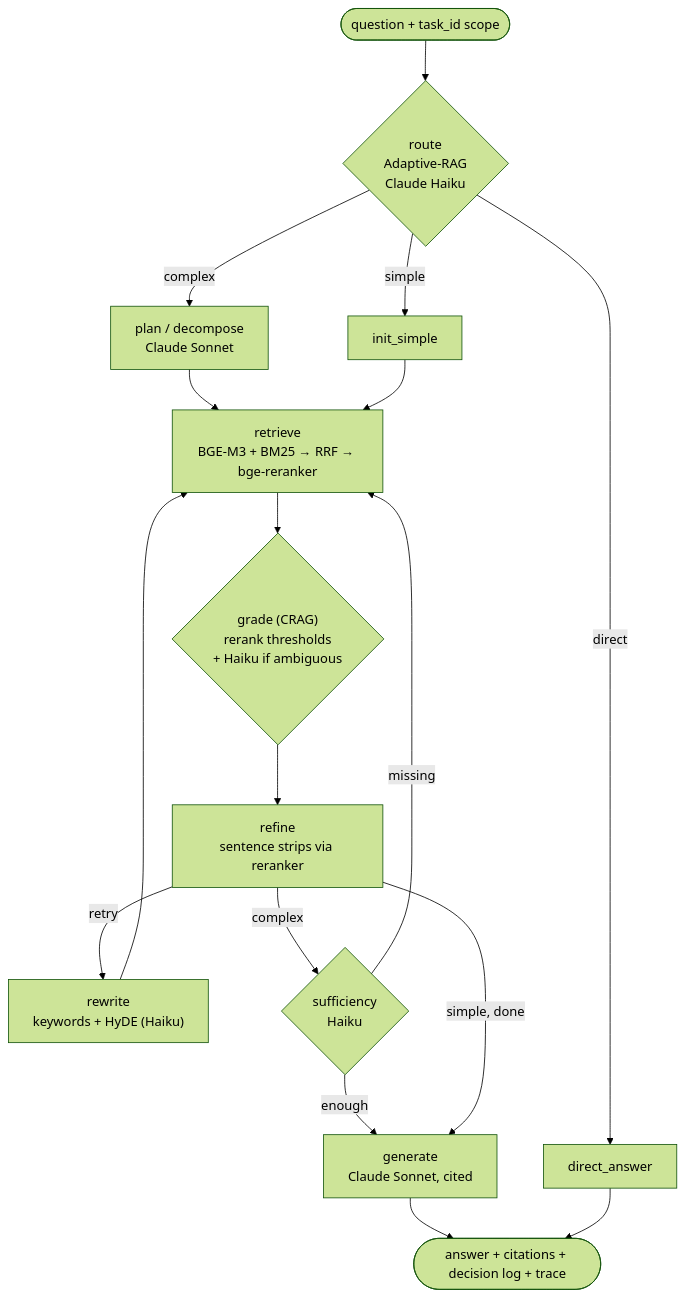
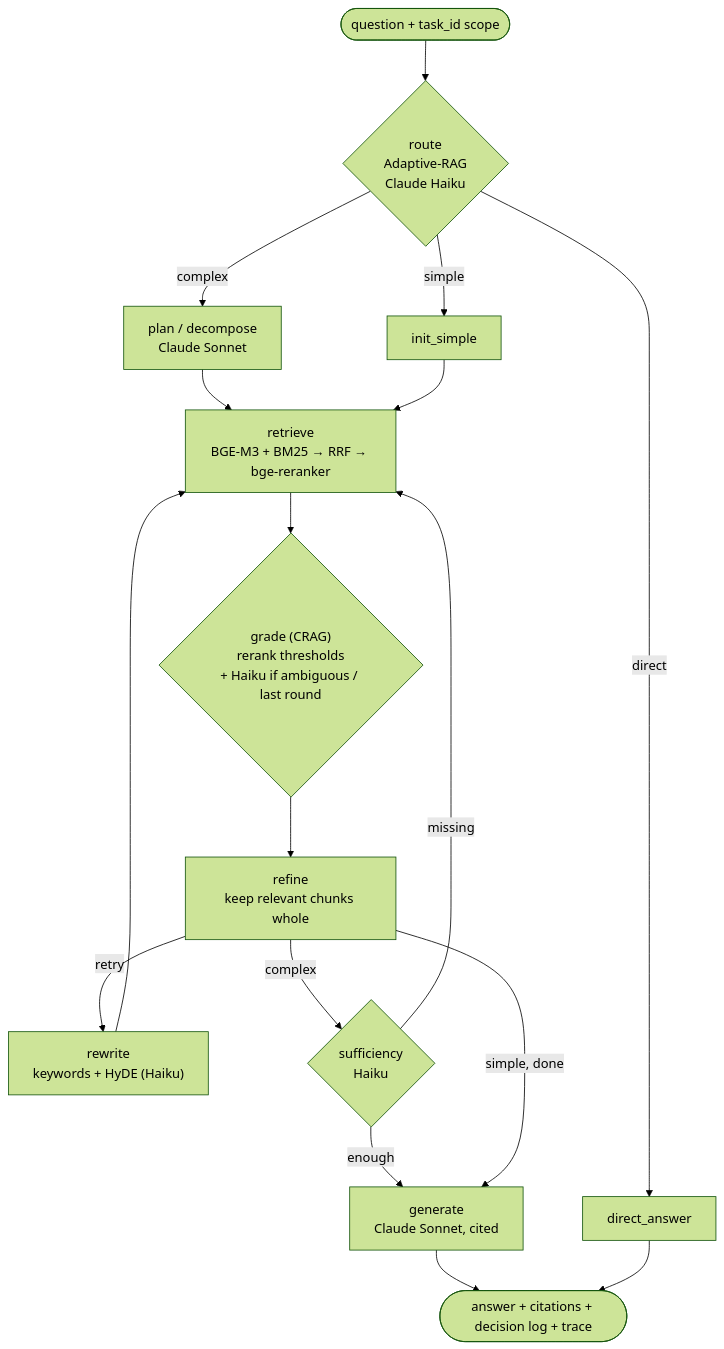
Before and after one commit to nrusnac/DP_task_RAG: the second of 2 diagrams in docs/02-architecture.md, drawn with Mermaid (forest theme). The commit also changed other lines of this file and 6 other files, not shown here.

````diff
--- a/docs/02-architecture.md
+++ b/docs/02-architecture.md
@@ -25,19 +25,19 @@
 ```mermaid
 flowchart TD
     Q(["question + task_id scope"]) --> R{"route<br/>Adaptive-RAG<br/>Claude Haiku"}
     R -->|direct| DA["direct_answer"]
     R -->|simple| S1["init_simple"]
     R -->|complex| P["plan / decompose<br/>Claude Sonnet"]
     P --> RET
     S1 --> RET["retrieve<br/>BGE-M3 + BM25 → RRF → bge-reranker"]
-    RET --> G{"grade (CRAG)<br/>rerank thresholds<br/>+ Haiku if ambiguous"}
-    G --> KR["refine<br/>sentence strips via reranker"]
+    RET --> G{"grade (CRAG)<br/>rerank thresholds<br/>+ Haiku if ambiguous / last round"}
+    G --> KR["refine<br/>keep relevant chunks whole"]
     KR -->|retry| RW["rewrite<br/>keywords + HyDE (Haiku)"]
     RW --> RET
     KR -->|complex| SUF{"sufficiency<br/>Haiku"}
     SUF -->|missing| RET
     SUF -->|enough| GEN
     KR -->|simple, done| GEN["generate<br/>Claude Sonnet, cited"]
     GEN --> OUT(["answer + citations + decision log + trace"])
     DA --> OUT
 ```
````
